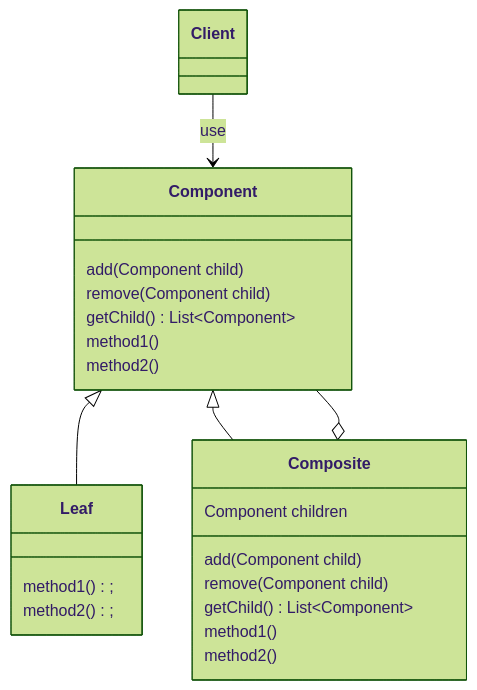
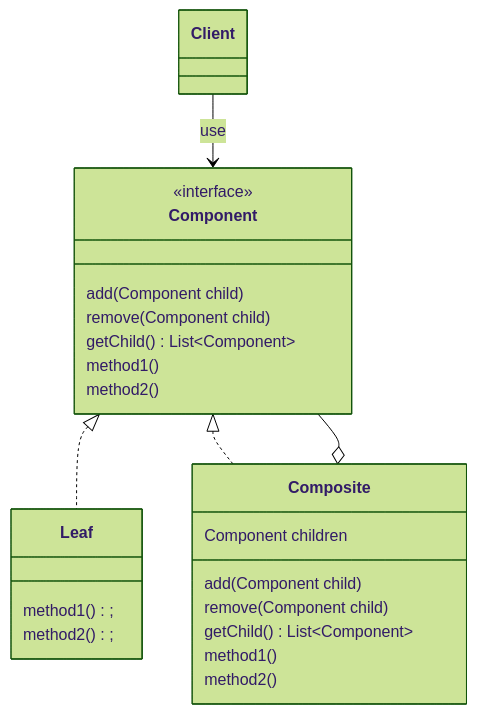
The diagram in design-pattern/structural/03-composite-pattern.md (codeuphead/notebook), drawn with Mermaid (forest theme) before and after one commit. The commit also changed 14 other files, not shown here.

````diff
--- a/design-pattern/structural/03-composite-pattern.md
+++ b/design-pattern/structural/03-composite-pattern.md
@@ -7,29 +7,30 @@
 ```mermaid
 classDiagram
     class Client{
 
     }
     class Component{
+        <<interface>>
         add(Component child)
         remove(Component child)
         getChild() List~Component~
         method1()
         method2()
     }
     class Leaf{
         method1();
         method2();
     }
     class Composite{
         Component children
         add(Component child)
         remove(Component child)
         getChild() List~Component~
         method1()
         method2()
     }
     Client --> Component : use
-    Component <|-- Leaf
-    Component <|-- Composite
+    Component <|.. Leaf
+    Component <|.. Composite
     Component --o Composite
 ```
````
